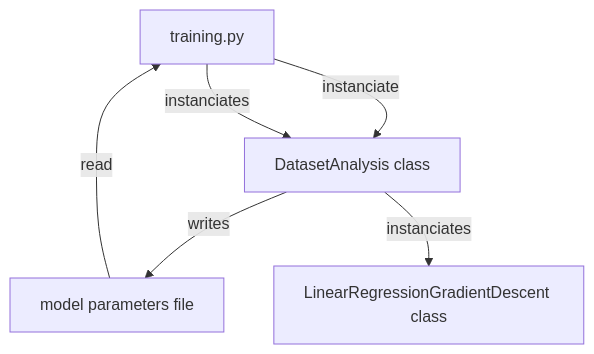
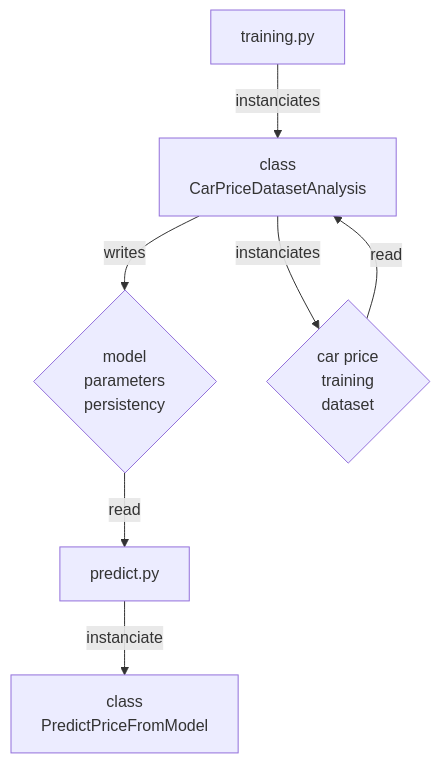
The diagram in README.md (shameleon/ft_linear_regression), drawn with Mermaid before and after one commit. The commit also changed other lines of this file, not shown here.

Commit message:
ft_linear_regression readme

````diff
--- a/README.md
+++ b/README.md
@@ -85,8 +104,9 @@
 ```mermaid
 graph TD;
-    A[predict.py]--instanciate-->D[DatasetAnalysis class];
-    C[model parameters file]--read-->A[predict.py];
-    A[training.py]--instanciates-->D[CarPriceDatasetAnalysis class];
-    D[DatasetAnalysis class]--writes-->C[model parameters file];
-    D[DatasetAnalysis class]--instanciates-->E[LinearRegressionGradientDescent class];
+  A[predict.py]-->|instanciate|B[class <br> PredictPriceFromModel];
+  C{model  <br>  parameters  <br> persistency}--read-->A[predict.py];
+  D[training.py]--instanciates-->E[class  <br> CarPriceDatasetAnalysis];
+  E[class  <br> CarPriceDatasetAnalysis]--instanciates-->F[class  <br> LinearRegressionGradientDescent];
+  E[class  <br> CarPriceDatasetAnalysis]--writes-->C{model  <br>  parameters  <br> persistency};
+  F{car price <br>  training  <br> dataset}--read-->E[class  <br> CarPriceDatasetAnalysis];
 ```
````
